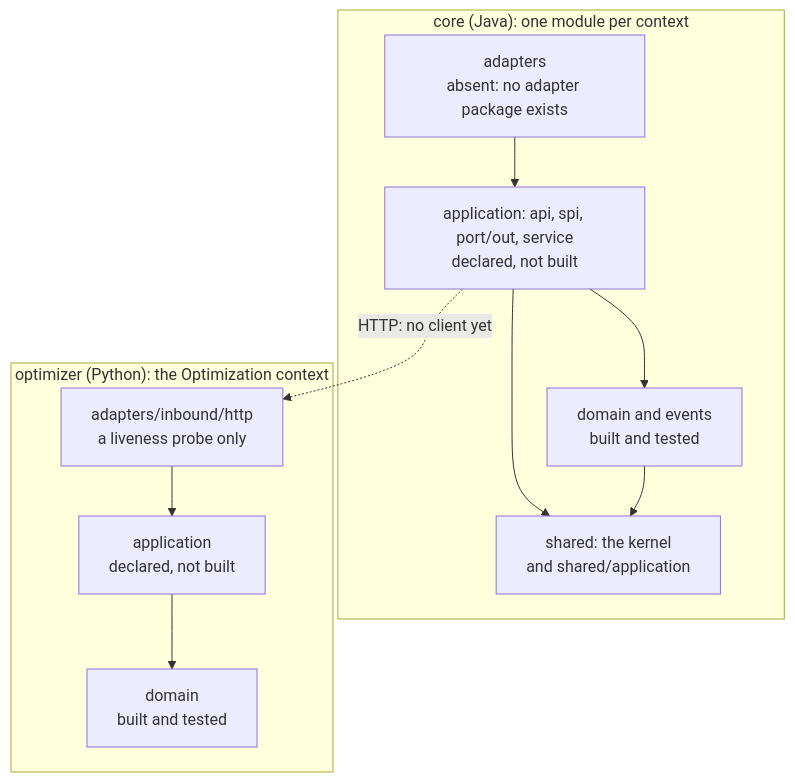
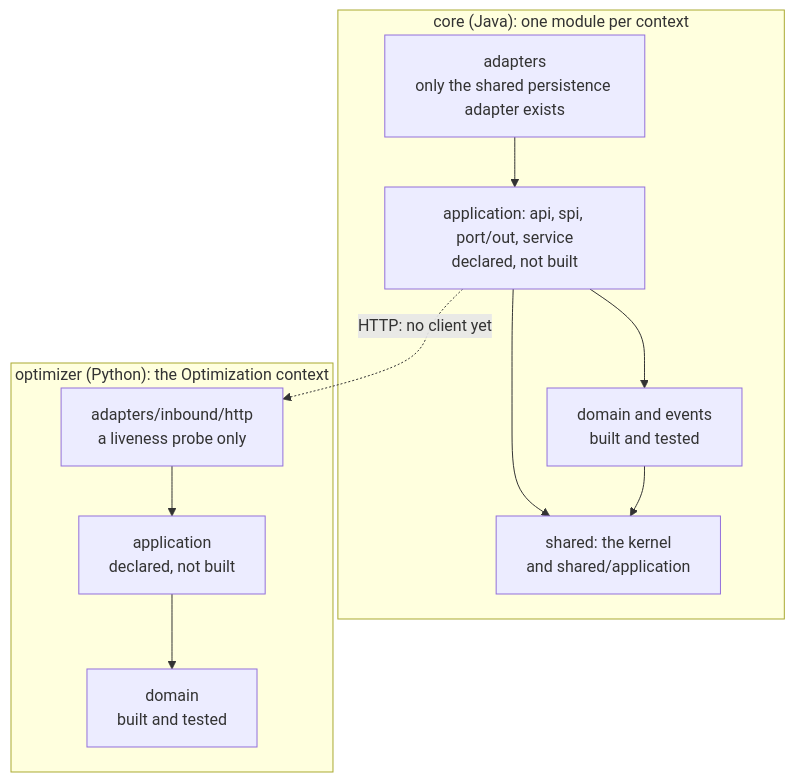
One commit to NaimElijah/DispatchFlow changed the first of 29 diagrams in docs/architecture/domain_layer/domain_layer_visual_guide.md. Above: the diagram before and after it, drawn with Mermaid. The commit also changed other lines of this file and 9 other files, not shown here.

````diff
--- a/docs/architecture/domain_layer/domain_layer_visual_guide.md
+++ b/docs/architecture/domain_layer/domain_layer_visual_guide.md
@@ -59,21 +59,21 @@
 ```mermaid
 flowchart TB
   subgraph CORE["core (Java): one module per context"]
-    CADP["adapters<br/>absent: no adapter package exists"]
+    CADP["adapters<br/>only the shared persistence adapter exists"]
     CAPP["application: api, spi, port/out, service<br/>declared, not built"]
     CDOM["domain and events<br/>built and tested"]
     CKER["shared: the kernel<br/>and shared/application"]
     CADP --> CAPP
     CAPP --> CDOM
     CAPP --> CKER
     CDOM --> CKER
   end
   subgraph OPTIMIZER["optimizer (Python): the Optimization context"]
     SADP["adapters/inbound/http<br/>a liveness probe only"]
     SAPP["application<br/>declared, not built"]
     SDOM["domain<br/>built and tested"]
     SADP --> SAPP
     SAPP --> SDOM
   end
   CAPP -.->|"HTTP: no client yet"| SADP
 ```
````
